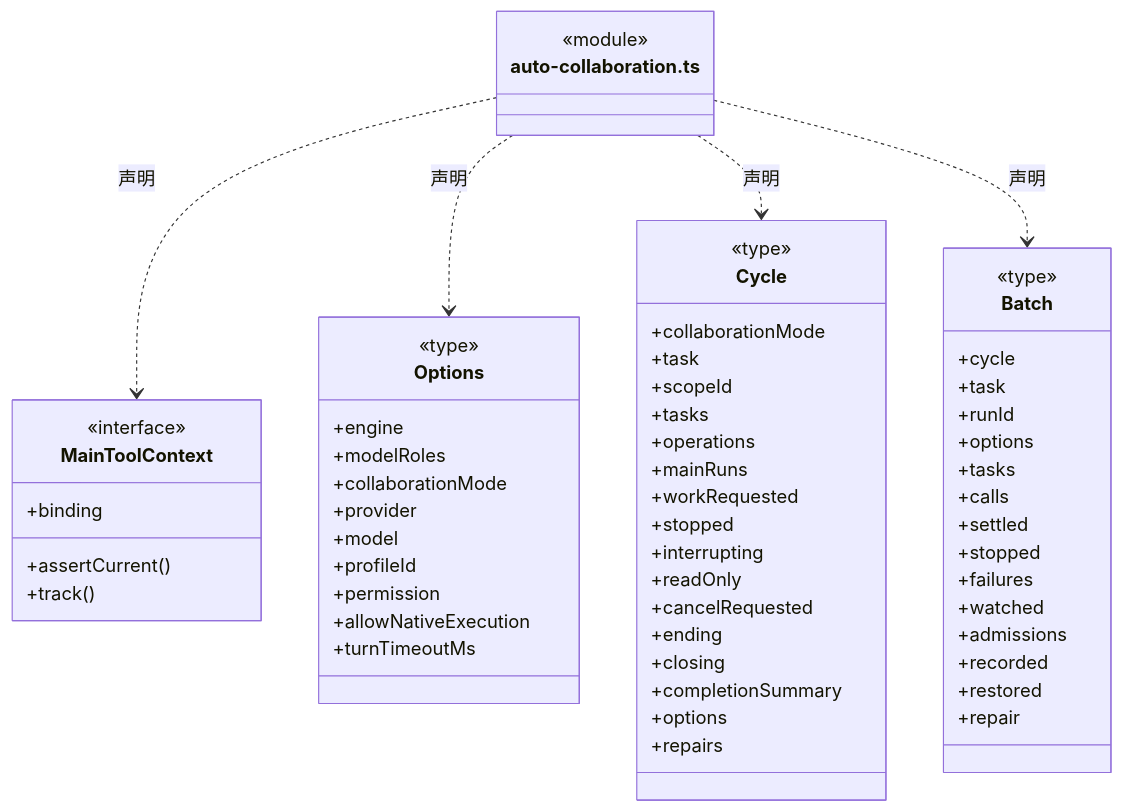
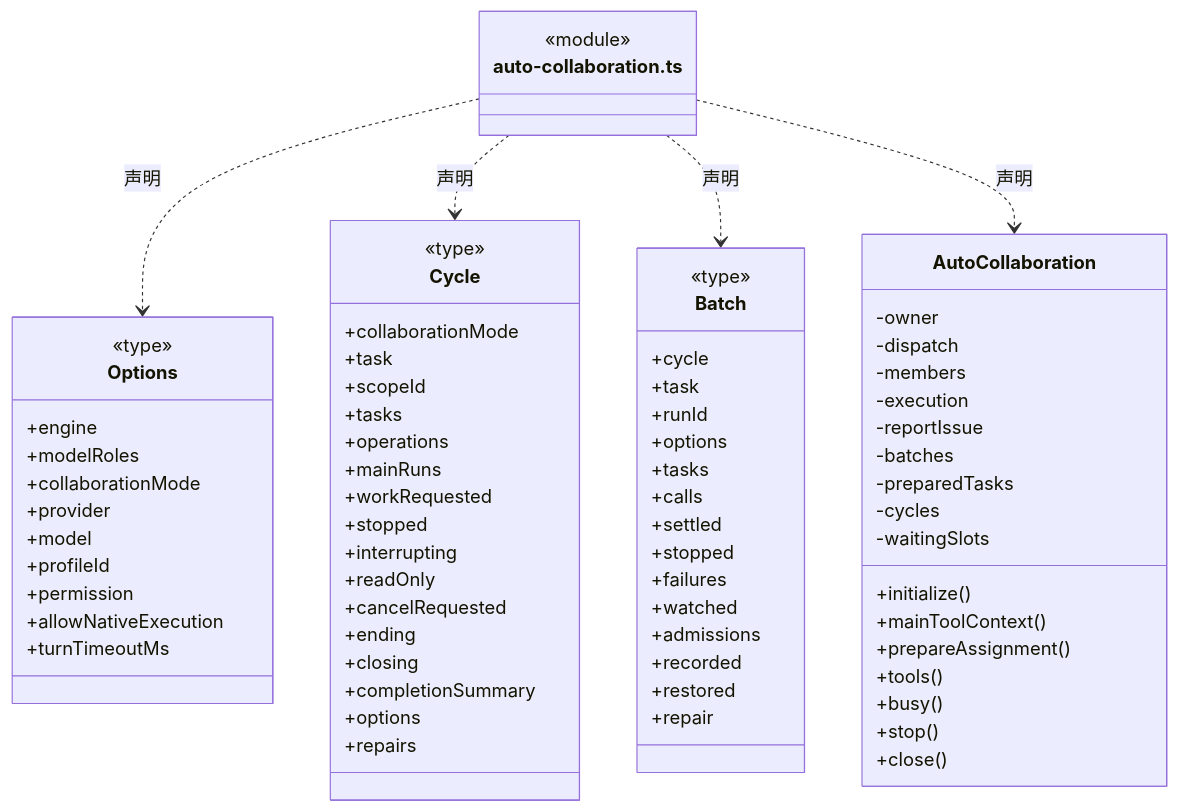
Before and after one commit to nan023062/cbim: the first of 14 diagrams in src/logic/dispatch/runtime/ARCHITECTURE.md, drawn with Mermaid. The commit also changed 20 other files, not shown here.

First line of the commit message:
fix(agent): bind main management tools to the current root lifecycle

````diff
--- a/src/logic/dispatch/runtime/ARCHITECTURE.md
+++ b/src/logic/dispatch/runtime/ARCHITECTURE.md
@@ -24,64 +26,76 @@
 ```mermaid
 classDiagram
 class N_src_logic_dispatch_runtime_auto_collaboration_ts["auto-collaboration.ts"] {
   <<module>>
 }
-class N_src_logic_dispatch_runtime_auto_collaboration_ts_MainToolContext["MainToolContext"] {
-  <<interface>>
-  +binding
-  +assertCurrent()
-  +track()
-}
-N_src_logic_dispatch_runtime_auto_collaboration_ts ..> N_src_logic_dispatch_runtime_auto_collaboration_ts_MainToolContext : 声明
 class N_src_logic_dispatch_runtime_auto_collaboration_ts_Options["Options"] {
   <<type>>
   +engine
   +modelRoles
   +collaborationMode
   +provider
   +model
   +profileId
   +permission
   +allowNativeExecution
   +turnTimeoutMs
 }
 N_src_logic_dispatch_runtime_auto_collaboration_ts ..> N_src_logic_dispatch_runtime_auto_collaboration_ts_Options : 声明
 class N_src_logic_dispatch_runtime_auto_collaboration_ts_Cycle["Cycle"] {
   <<type>>
   +collaborationMode
   +task
   +scopeId
   +tasks
   +operations
   +mainRuns
   +workRequested
   +stopped
   +interrupting
   +readOnly
   +cancelRequested
   +ending
   +closing
   +completionSummary
   +options
   +repairs
 }
 N_src_logic_dispatch_runtime_auto_collaboration_ts ..> N_src_logic_dispatch_runtime_auto_collaboration_ts_Cycle : 声明
 class N_src_logic_dispatch_runtime_auto_collaboration_ts_Batch["Batch"] {
   <<type>>
   +cycle
   +task
   +runId
   +options
   +tasks
   +calls
   +settled
   +stopped
   +failures
   +watched
   +admissions
   +recorded
   +restored
   +repair
 }
 N_src_logic_dispatch_runtime_auto_collaboration_ts ..> N_src_logic_dispatch_runtime_auto_collaboration_ts_Batch : 声明
+class N_src_logic_dispatch_runtime_auto_collaboration_ts_AutoCollaboration["AutoCollaboration"] {
+  +initialize()
+  +mainToolContext()
+  +prepareAssignment()
+  +tools()
+  +busy()
+  +stop()
+  +close()
+  -owner
+  -dispatch
+  -members
+  -execution
+  -reportIssue
+  -batches
+  -preparedTasks
+  -cycles
+  -waitingSlots
+}
+N_src_logic_dispatch_runtime_auto_collaboration_ts ..> N_src_logic_dispatch_runtime_auto_collaboration_ts_AutoCollaboration : 声明
 ```
````
